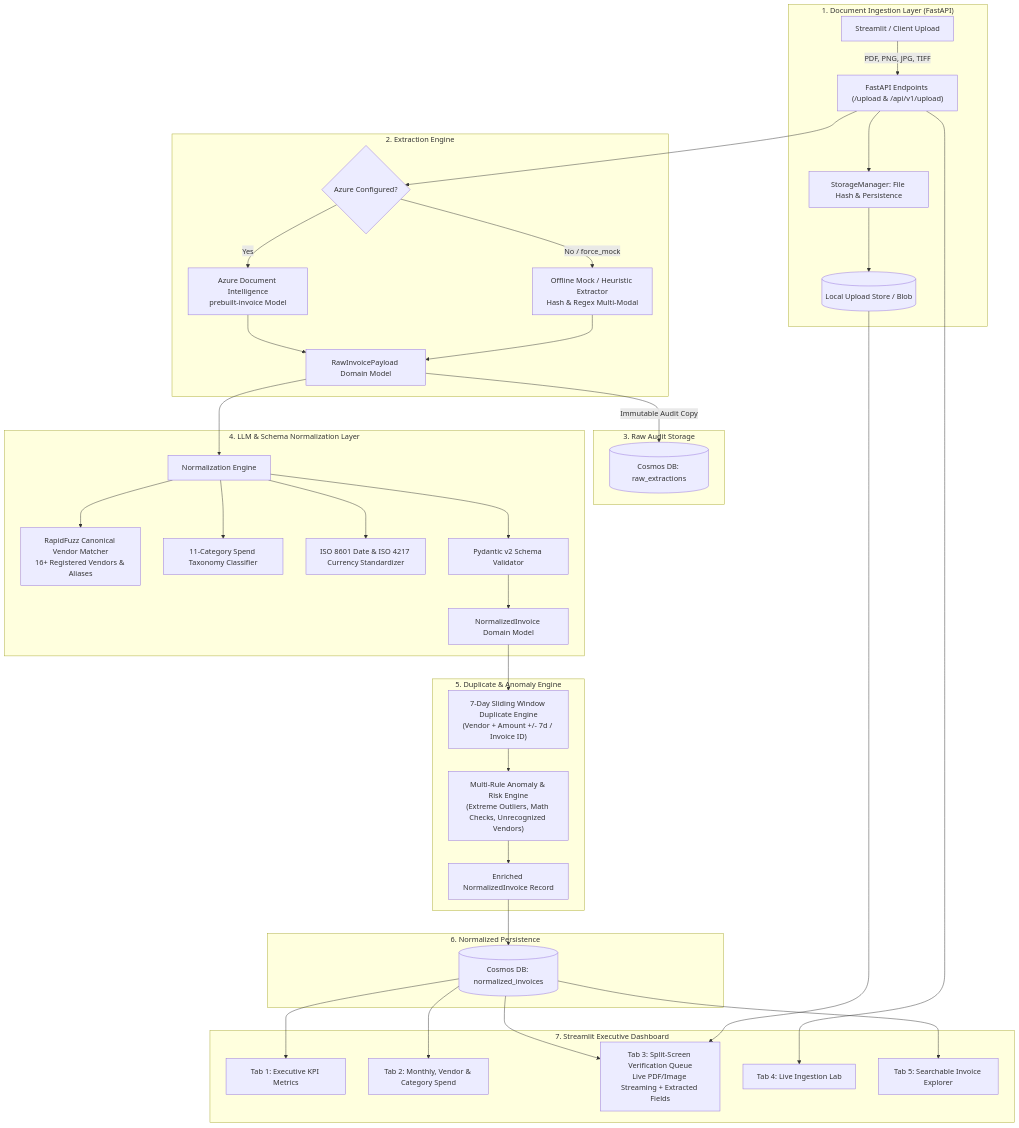
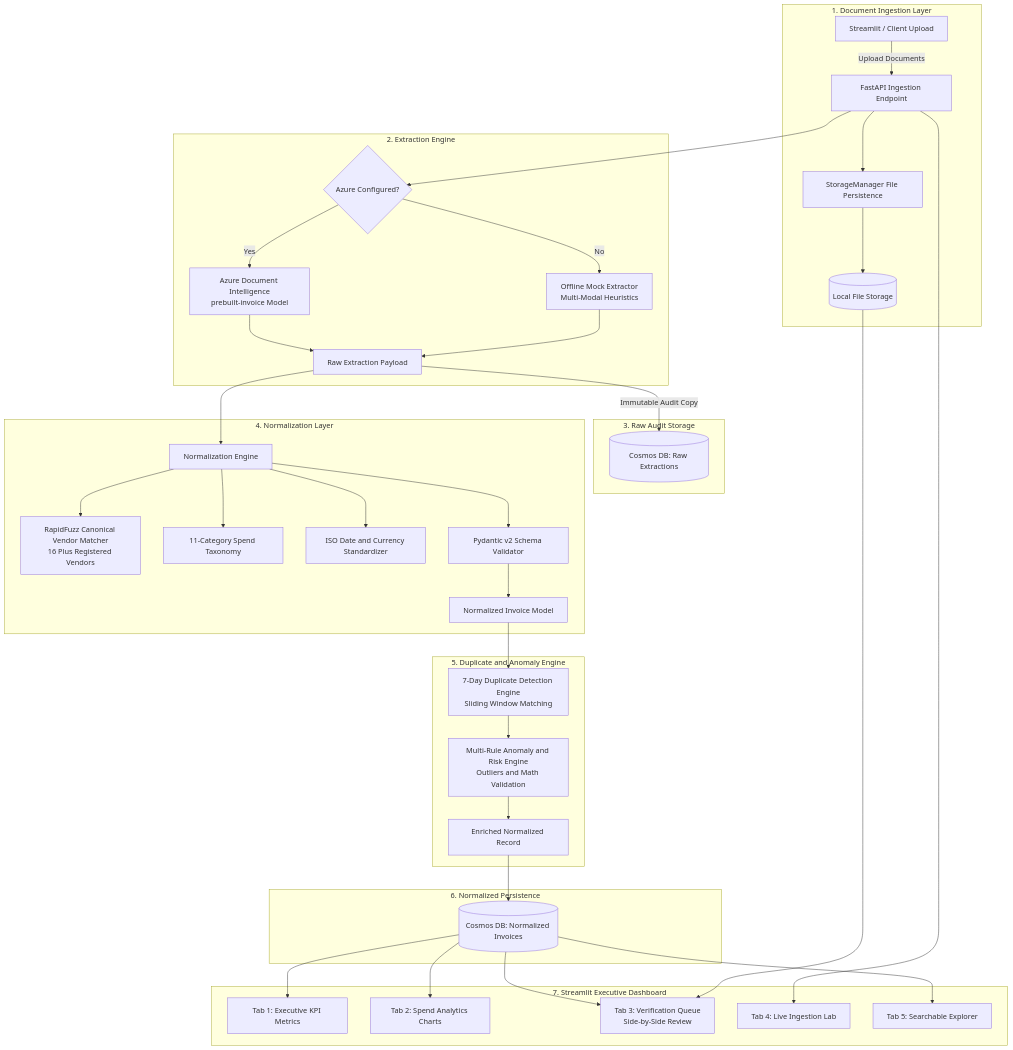
The diagram in README.md (DOWNEY7/document-intelligence-pipeline), drawn with Mermaid before and after one commit.

Commit message:
docs: sanitize Mermaid diagram subgraph identifiers and edge labels for GitHub parser compatibility

````diff
--- a/README.md
+++ b/README.md
@@ -15,48 +15,48 @@
 ```mermaid
 flowchart TD
-    subgraph Ingestion ["1. Document Ingestion Layer (FastAPI)"]
-        UI["Streamlit / Client Upload"] -->|PDF, PNG, JPG, TIFF| API["FastAPI Endpoints (/upload & /api/v1/upload)"]
-        API --> StorageMgr["StorageManager: File Hash & Persistence"]
-        StorageMgr --> S1[("Local Upload Store / Blob")]
+    subgraph Ingestion["1. Document Ingestion Layer"]
+        UI["Streamlit / Client Upload"] -->|Upload Documents| API["FastAPI Ingestion Endpoint"]
+        API --> StorageMgr["StorageManager File Persistence"]
+        StorageMgr --> S1[("Local File Storage")]
     end
 
-    subgraph Extraction ["2. Extraction Engine"]
+    subgraph Extraction["2. Extraction Engine"]
         API --> DocCheck{"Azure Configured?"}
         DocCheck -->|Yes| AzureClient["Azure Document Intelligence<br/>prebuilt-invoice Model"]
-        DocCheck -->|No / force_mock| MockExtractor["Offline Mock / Heuristic Extractor<br/>Hash & Regex Multi-Modal"]
-        AzureClient --> RawPayload["RawInvoicePayload Domain Model"]
+        DocCheck -->|No| MockExtractor["Offline Mock Extractor<br/>Multi-Modal Heuristics"]
+        AzureClient --> RawPayload["Raw Extraction Payload"]
         MockExtractor --> RawPayload
     end
 
-    subgraph Persistence1 ["3. Raw Audit Storage"]
-        RawPayload -->|Immutable Audit Copy| RawDB[("Cosmos DB: raw_extractions")]
+    subgraph Persistence1["3. Raw Audit Storage"]
+        RawPayload -->|Immutable Audit Copy| RawDB[("Cosmos DB: Raw Extractions")]
     end
 
-    subgraph Normalization ["4. LLM & Schema Normalization Layer"]
+    subgraph Normalization["4. Normalization Layer"]
         RawPayload --> NormService["Normalization Engine"]
-        NormService --> RapidFuzz["RapidFuzz Canonical Vendor Matcher<br/>16+ Registered Vendors & Aliases"]
-        NormService --> Taxonomy["11-Category Spend Taxonomy Classifier"]
-        NormService --> ISOParsers["ISO 8601 Date & ISO 4217 Currency Standardizer"]
+        NormService --> RapidFuzz["RapidFuzz Canonical Vendor Matcher<br/>16 Plus Registered Vendors"]
+        NormService --> Taxonomy["11-Category Spend Taxonomy"]
+        NormService --> ISOParsers["ISO Date and Currency Standardizer"]
         NormService --> PydanticVal["Pydantic v2 Schema Validator"]
-        PydanticVal --> NormModel["NormalizedInvoice Domain Model"]
+        PydanticVal --> NormModel["Normalized Invoice Model"]
     end
 
-    subgraph Detection ["5. Duplicate & Anomaly Engine"]
-        NormModel --> DupEngine["7-Day Sliding Window Duplicate Engine<br/>(Vendor + Amount +/- 7d / Invoice ID)"]
-        DupEngine --> AnomEngine["Multi-Rule Anomaly & Risk Engine<br/>(Extreme Outliers, Math Checks, Unrecognized Vendors)"]
-        AnomEngine --> EnrichedModel["Enriched NormalizedInvoice Record"]
+    subgraph Detection["5. Duplicate and Anomaly Engine"]
+        NormModel --> DupEngine["7-Day Duplicate Detection Engine<br/>Sliding Window Matching"]
+        DupEngine --> AnomEngine["Multi-Rule Anomaly and Risk Engine<br/>Outliers and Math Validation"]
+        AnomEngine --> EnrichedModel["Enriched Normalized Record"]
     end
 
-    subgraph Persistence2 ["6. Normalized Persistence"]
-        EnrichedModel --> NormDB[("Cosmos DB: normalized_invoices")]
+    subgraph Persistence2["6. Normalized Persistence"]
+        EnrichedModel --> NormDB[("Cosmos DB: Normalized Invoices")]
     end
 
-    subgraph AnalyticsUI ["7. Streamlit Executive Dashboard"]
+    subgraph AnalyticsUI["7. Streamlit Executive Dashboard"]
         NormDB --> DashKPI["Tab 1: Executive KPI Metrics"]
-        NormDB --> DashSpend["Tab 2: Monthly, Vendor & Category Spend"]
-        NormDB --> DashVerify["Tab 3: Split-Screen Verification Queue<br/>Live PDF/Image Streaming + Extracted Fields"]
+        NormDB --> DashSpend["Tab 2: Spend Analytics Charts"]
+        NormDB --> DashVerify["Tab 3: Verification Queue<br/>Side-by-Side Review"]
         S1 --> DashVerify
         API --> DashUpload["Tab 4: Live Ingestion Lab"]
-        NormDB --> DashExplorer["Tab 5: Searchable Invoice Explorer"]
+        NormDB --> DashExplorer["Tab 5: Searchable Explorer"]
     end
 ```
````
